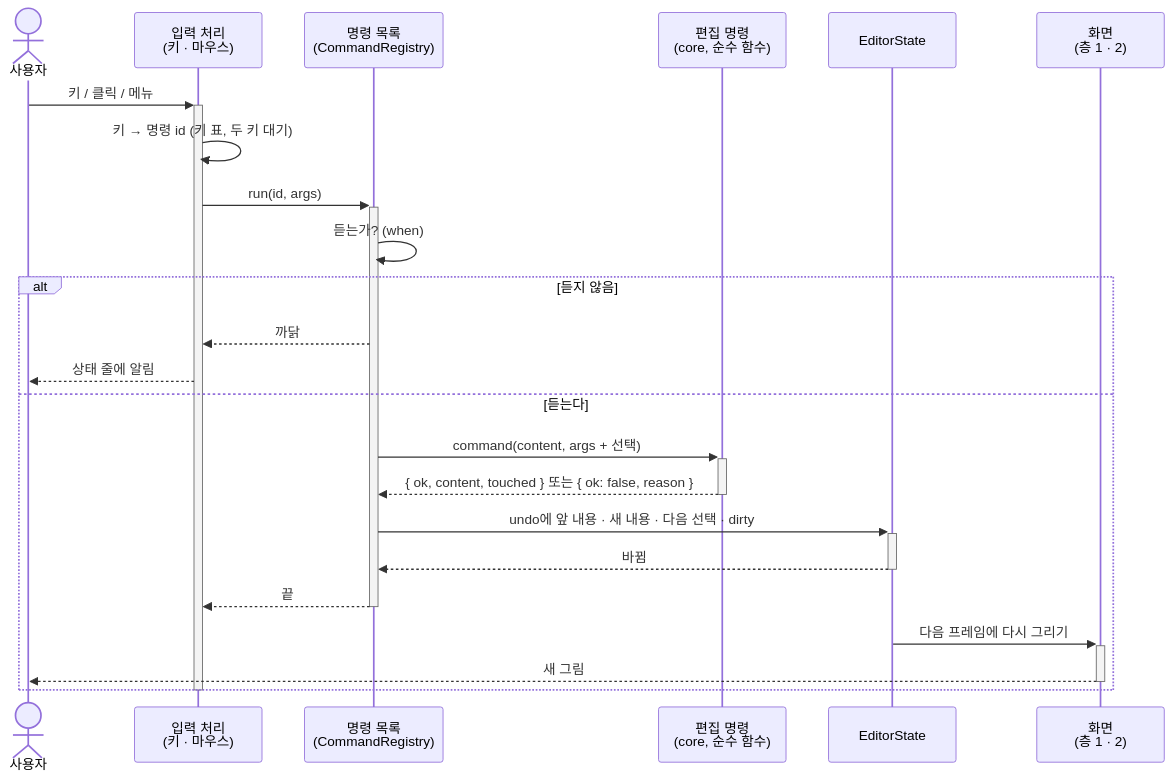
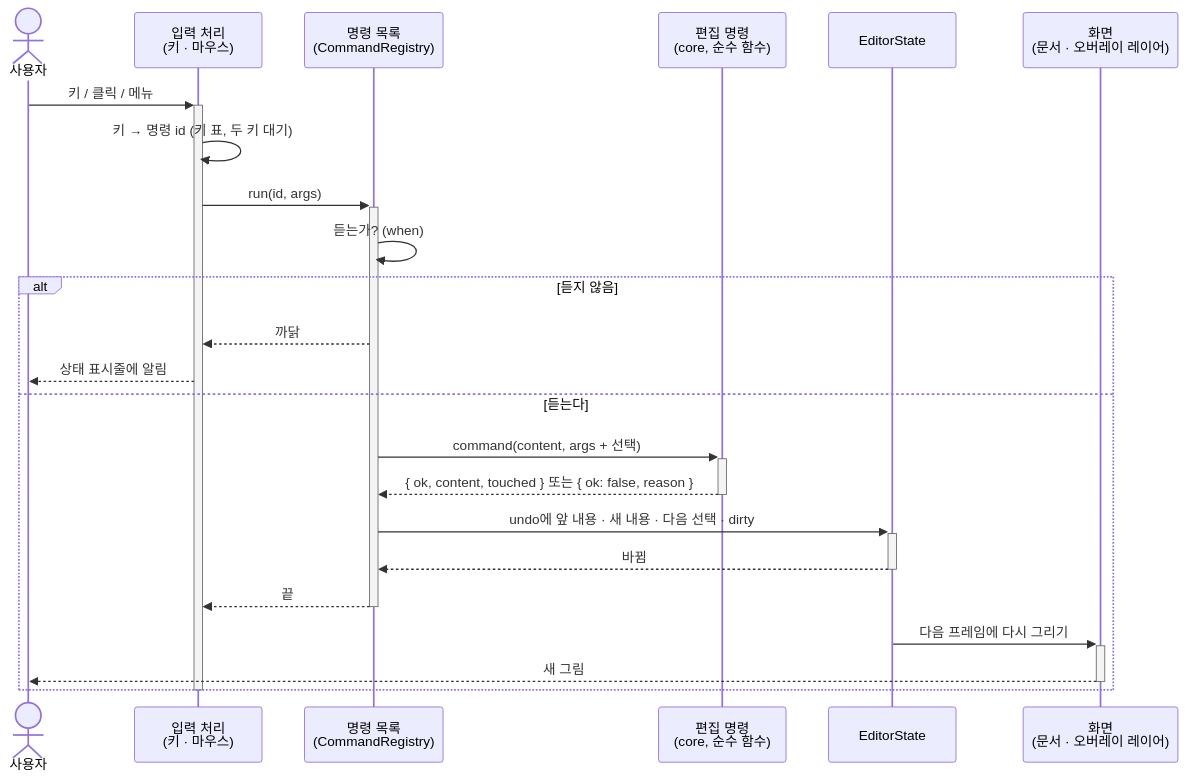
One commit to reddiana/AriadneNSD changed the diagram in docs/04-design/03-editor.md. Above: the diagram before and after it, drawn with Mermaid. The commit also changed other lines of this file and 20 other files, not shown here.

````diff
--- a/docs/04-design/03-editor.md
+++ b/docs/04-design/03-editor.md
@@ -108,26 +108,26 @@
 ```mermaid
 sequenceDiagram
     actor U as 사용자
     participant I as 입력 처리<br/>(키 · 마우스)
     participant R as 명령 목록<br/>(CommandRegistry)
     participant C as 편집 명령<br/>(core, 순수 함수)
     participant S as EditorState
-    participant D as 화면<br/>(층 1 · 2)
+    participant D as 화면<br/>(문서 · 오버레이 레이어)
     U->>+I: 키 / 클릭 / 메뉴
     I->>I: 키 → 명령 id (키 표, 두 키 대기)
     I->>+R: run(id, args)
     R->>R: 듣는가? (when)
     alt 듣지 않음
         R-->>I: 까닭
-        I-->>U: 상태 줄에 알림
+        I-->>U: 상태 표시줄에 알림
     else 듣는다
         R->>+C: command(content, args + 선택)
         C-->>-R: { ok, content, touched } 또는 { ok: false, reason }
         R->>+S: undo에 앞 내용 · 새 내용 · 다음 선택 · dirty
         S-->>-R: 바뀜
         R-->>-I: 끝
         S->>+D: 다음 프레임에 다시 그리기
         D-->>-U: 새 그림
     end
     deactivate I
 ```
````
